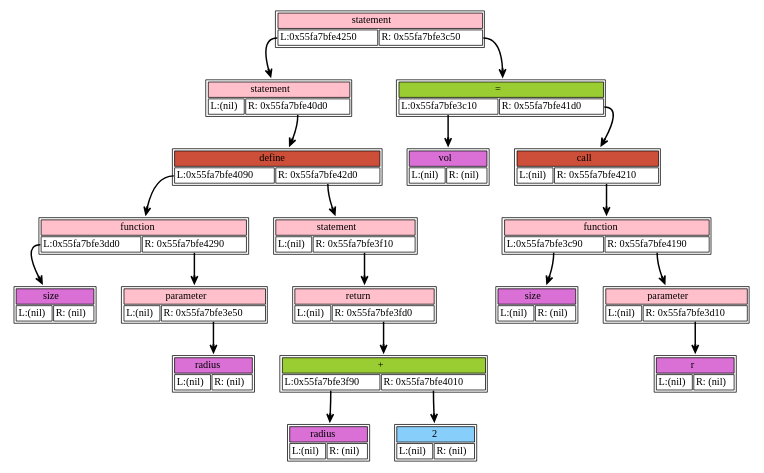
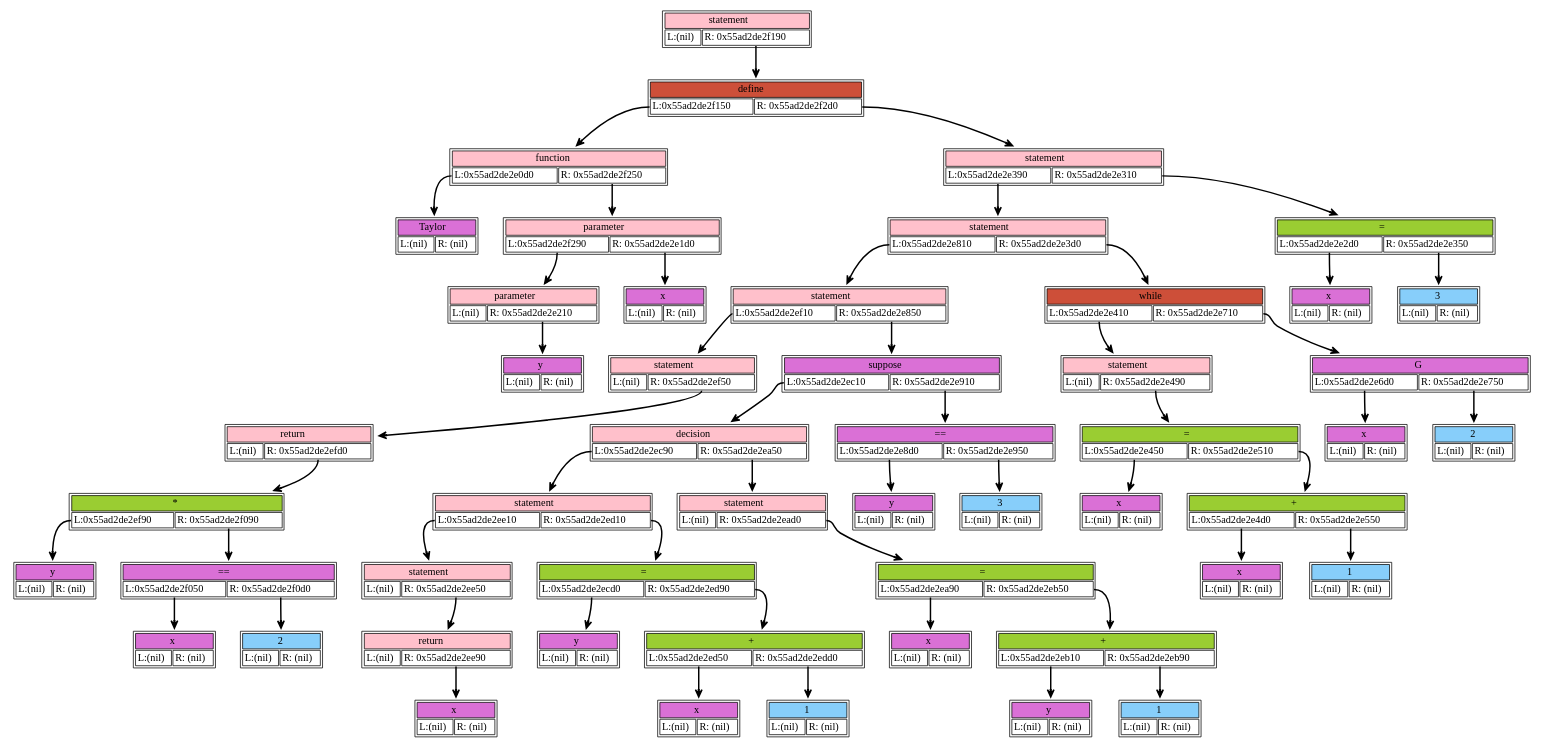
The diagram in dump/dump.dot (Varnike/language), drawn with Graphviz before and after one commit. The commit also changed 9 other files, not shown here.

```diff
--- a/dump/dump.dot
+++ b/dump/dump.dot
@@ -1,116 +1,308 @@
 digraph dump_graph {
 	rankdir=TV; 
-node0x55fa7bfe4250 [shape=plaintext
+node0x55ad2de2f210 [shape=plaintext
 					label=<<table border='1' cellborder='1'>
 			<tr><td colspan="2" bgcolor="pink" > statement</td></tr>
-					<tr><td port= "lchild">L:(nil)</td><td port="rchild">R: 0x55fa7bfe40d0</td></tr>
+					<tr><td port= "lchild">L:(nil)</td><td port="rchild">R: 0x55ad2de2f190</td></tr>
 				</table>>];
-		node0x55fa7bfe4250:rchild -> node0x55fa7bfe40d0[style=bold, arrowhead=vee];
-node0x55fa7bfe3dd0 [shape=plaintext
+		node0x55ad2de2f210:rchild -> node0x55ad2de2f190[style=bold, arrowhead=vee];
+node0x55ad2de2e0d0 [shape=plaintext
 					label=<<table border='1' cellborder='1'>
-			<tr><td colspan="2" bgcolor="orchid" > size</td></tr>
+			<tr><td colspan="2" bgcolor="orchid" > Taylor</td></tr>
 					<tr><td port= "lchild">L:(nil)</td><td port="rchild">R: (nil)</td></tr>
 				</table>>];
-node0x55fa7bfe4090 [shape=plaintext
+node0x55ad2de2f150 [shape=plaintext
 					label=<<table border='1' cellborder='1'>
 			<tr><td colspan="2" bgcolor="pink" > function</td></tr>
-					<tr><td port= "lchild">L:0x55fa7bfe3dd0</td><td port="rchild">R: 0x55fa7bfe4290</td></tr>
+					<tr><td port= "lchild">L:0x55ad2de2e0d0</td><td port="rchild">R: 0x55ad2de2f250</td></tr>
 				</table>>];
-		node0x55fa7bfe4090:lchild -> node0x55fa7bfe3dd0[style=bold, arrowhead=vee];
-		node0x55fa7bfe4090:rchild -> node0x55fa7bfe4290[style=bold, arrowhead=vee];
-node0x55fa7bfe4290 [shape=plaintext
+		node0x55ad2de2f150:lchild -> node0x55ad2de2e0d0[style=bold, arrowhead=vee];
+		node0x55ad2de2f150:rchild -> node0x55ad2de2f250[style=bold, arrowhead=vee];
+node0x55ad2de2f290 [shape=plaintext
 					label=<<table border='1' cellborder='1'>
 			<tr><td colspan="2" bgcolor="pink" > parameter</td></tr>
-					<tr><td port= "lchild">L:(nil)</td><td port="rchild">R: 0x55fa7bfe3e50</td></tr>
+					<tr><td port= "lchild">L:(nil)</td><td port="rchild">R: 0x55ad2de2e210</td></tr>
 				</table>>];
-		node0x55fa7bfe4290:rchild -> node0x55fa7bfe3e50[style=bold, arrowhead=vee];
-node0x55fa7bfe3e50 [shape=plaintext
+		node0x55ad2de2f290:rchild -> node0x55ad2de2e210[style=bold, arrowhead=vee];
+node0x55ad2de2e210 [shape=plaintext
 					label=<<table border='1' cellborder='1'>
-			<tr><td colspan="2" bgcolor="orchid" > radius</td></tr>
+			<tr><td colspan="2" bgcolor="orchid" > y</td></tr>
 					<tr><td port= "lchild">L:(nil)</td><td port="rchild">R: (nil)</td></tr>
 				</table>>];
-node0x55fa7bfe40d0 [shape=plaintext
+node0x55ad2de2f250 [shape=plaintext
+					label=<<table border='1' cellborder='1'>
+			<tr><td colspan="2" bgcolor="pink" > parameter</td></tr>
+					<tr><td port= "lchild">L:0x55ad2de2f290</td><td port="rchild">R: 0x55ad2de2e1d0</td></tr>
+				</table>>];
+		node0x55ad2de2f250:lchild -> node0x55ad2de2f290[style=bold, arrowhead=vee];
+		node0x55ad2de2f250:rchild -> node0x55ad2de2e1d0[style=bold, arrowhead=vee];
+node0x55ad2de2e1d0 [shape=plaintext
+					label=<<table border='1' cellborder='1'>
+			<tr><td colspan="2" bgcolor="orchid" > x</td></tr>
+					<tr><td port= "lchild">L:(nil)</td><td port="rchild">R: (nil)</td></tr>
+				</table>>];
+node0x55ad2de2f190 [shape=plaintext
 					label=<<table border='1' cellborder='1'>
 			<tr><td colspan="2" bgcolor="tomato3" > define</td></tr>
-					<tr><td port= "lchild">L:0x55fa7bfe4090</td><td port="rchild">R: 0x55fa7bfe42d0</td></tr>
+					<tr><td port= "lchild">L:0x55ad2de2f150</td><td port="rchild">R: 0x55ad2de2f2d0</td></tr>
 				</table>>];
-		node0x55fa7bfe40d0:lchild -> node0x55fa7bfe4090[style=bold, arrowhead=vee];
-		node0x55fa7bfe40d0:rchild -> node0x55fa7bfe42d0[style=bold, arrowhead=vee];
-node0x55fa7bfe42d0 [shape=plaintext
+		node0x55ad2de2f190:lchild -> node0x55ad2de2f150[style=bold, arrowhead=vee];
+		node0x55ad2de2f190:rchild -> node0x55ad2de2f2d0[style=bold, arrowhead=vee];
+node0x55ad2de2ef10 [shape=plaintext
 					label=<<table border='1' cellborder='1'>
 			<tr><td colspan="2" bgcolor="pink" > statement</td></tr>
-					<tr><td port= "lchild">L:(nil)</td><td port="rchild">R: 0x55fa7bfe3f10</td></tr>
+					<tr><td port= "lchild">L:(nil)</td><td port="rchild">R: 0x55ad2de2ef50</td></tr>
 				</table>>];
-		node0x55fa7bfe42d0:rchild -> node0x55fa7bfe3f10[style=bold, arrowhead=vee];
-node0x55fa7bfe3f10 [shape=plaintext
+		node0x55ad2de2ef10:rchild -> node0x55ad2de2ef50[style=bold, arrowhead=vee];
+node0x55ad2de2ef50 [shape=plaintext
 					label=<<table border='1' cellborder='1'>
 			<tr><td colspan="2" bgcolor="pink" > return</td></tr>
-					<tr><td port= "lchild">L:(nil)</td><td port="rchild">R: 0x55fa7bfe3fd0</td></tr>
+					<tr><td port= "lchild">L:(nil)</td><td port="rchild">R: 0x55ad2de2efd0</td></tr>
 				</table>>];
-		node0x55fa7bfe3f10:rchild -> node0x55fa7bfe3fd0[style=bold, arrowhead=vee];
-node0x55fa7bfe3f90 [shape=plaintext
+		node0x55ad2de2ef50:rchild -> node0x55ad2de2efd0[style=bold, arrowhead=vee];
+node0x55ad2de2ef90 [shape=plaintext
 					label=<<table border='1' cellborder='1'>
-			<tr><td colspan="2" bgcolor="orchid" > radius</td></tr>
+			<tr><td colspan="2" bgcolor="orchid" > y</td></tr>
 					<tr><td port= "lchild">L:(nil)</td><td port="rchild">R: (nil)</td></tr>
 				</table>>];
-node0x55fa7bfe3fd0 [shape=plaintext
+node0x55ad2de2efd0 [shape=plaintext
 					label=<<table border='1' cellborder='1'>
-			<tr><td colspan="2" bgcolor="olivedrab3" > +</td></tr>
-					<tr><td port= "lchild">L:0x55fa7bfe3f90</td><td port="rchild">R: 0x55fa7bfe4010</td></tr>
+			<tr><td colspan="2" bgcolor="olivedrab3" > *</td></tr>
+					<tr><td port= "lchild">L:0x55ad2de2ef90</td><td port="rchild">R: 0x55ad2de2f090</td></tr>
 				</table>>];
-		node0x55fa7bfe3fd0:lchild -> node0x55fa7bfe3f90[style=bold, arrowhead=vee];
-		node0x55fa7bfe3fd0:rchild -> node0x55fa7bfe4010[style=bold, arrowhead=vee];
-node0x55fa7bfe4010 [shape=plaintext
+		node0x55ad2de2efd0:lchild -> node0x55ad2de2ef90[style=bold, arrowhead=vee];
+		node0x55ad2de2efd0:rchild -> node0x55ad2de2f090[style=bold, arrowhead=vee];
+node0x55ad2de2f050 [shape=plaintext
+					label=<<table border='1' cellborder='1'>
+			<tr><td colspan="2" bgcolor="orchid" > x</td></tr>
+					<tr><td port= "lchild">L:(nil)</td><td port="rchild">R: (nil)</td></tr>
+				</table>>];
+node0x55ad2de2f090 [shape=plaintext
+					label=<<table border='1' cellborder='1'>
+			<tr><td colspan="2" bgcolor="orchid" > ==</td></tr>
+					<tr><td port= "lchild">L:0x55ad2de2f050</td><td port="rchild">R: 0x55ad2de2f0d0</td></tr>
+				</table>>];
+		node0x55ad2de2f090:lchild -> node0x55ad2de2f050[style=bold, arrowhead=vee];
+		node0x55ad2de2f090:rchild -> node0x55ad2de2f0d0[style=bold, arrowhead=vee];
+node0x55ad2de2f0d0 [shape=plaintext
 					label=<<table border='1' cellborder='1'>
 			<tr><td colspan="2" bgcolor="lightskyblue" >2</td></tr>
 					<tr><td port= "lchild">L:(nil)</td><td port="rchild">R: (nil)</td></tr>
 				</table>>];
-node0x55fa7bfe4150 [shape=plaintext
+node0x55ad2de2e810 [shape=plaintext
 					label=<<table border='1' cellborder='1'>
 			<tr><td colspan="2" bgcolor="pink" > statement</td></tr>
-					<tr><td port= "lchild">L:0x55fa7bfe4250</td><td port="rchild">R: 0x55fa7bfe3c50</td></tr>
+					<tr><td port= "lchild">L:0x55ad2de2ef10</td><td port="rchild">R: 0x55ad2de2e850</td></tr>
 				</table>>];
-		node0x55fa7bfe4150:lchild -> node0x55fa7bfe4250[style=bold, arrowhead=vee];
-		node0x55fa7bfe4150:rchild -> node0x55fa7bfe3c50[style=bold, arrowhead=vee];
-node0x55fa7bfe3c10 [shape=plaintext
+		node0x55ad2de2e810:lchild -> node0x55ad2de2ef10[style=bold, arrowhead=vee];
+		node0x55ad2de2e810:rchild -> node0x55ad2de2e850[style=bold, arrowhead=vee];
+node0x55ad2de2ee10 [shape=plaintext
 					label=<<table border='1' cellborder='1'>
-			<tr><td colspan="2" bgcolor="orchid" > vol</td></tr>
+			<tr><td colspan="2" bgcolor="pink" > statement</td></tr>
+					<tr><td port= "lchild">L:(nil)</td><td port="rchild">R: 0x55ad2de2ee50</td></tr>
+				</table>>];
+		node0x55ad2de2ee10:rchild -> node0x55ad2de2ee50[style=bold, arrowhead=vee];
+node0x55ad2de2ee50 [shape=plaintext
+					label=<<table border='1' cellborder='1'>
+			<tr><td colspan="2" bgcolor="pink" > return</td></tr>
+					<tr><td port= "lchild">L:(nil)</td><td port="rchild">R: 0x55ad2de2ee90</td></tr>
+				</table>>];
+		node0x55ad2de2ee50:rchild -> node0x55ad2de2ee90[style=bold, arrowhead=vee];
+node0x55ad2de2ee90 [shape=plaintext
+					label=<<table border='1' cellborder='1'>
+			<tr><td colspan="2" bgcolor="orchid" > x</td></tr>
 					<tr><td port= "lchild">L:(nil)</td><td port="rchild">R: (nil)</td></tr>
 				</table>>];
-node0x55fa7bfe3c50 [shape=plaintext
+node0x55ad2de2ec90 [shape=plaintext
+					label=<<table border='1' cellborder='1'>
+			<tr><td colspan="2" bgcolor="pink" > statement</td></tr>
+					<tr><td port= "lchild">L:0x55ad2de2ee10</td><td port="rchild">R: 0x55ad2de2ed10</td></tr>
+				</table>>];
+		node0x55ad2de2ec90:lchild -> node0x55ad2de2ee10[style=bold, arrowhead=vee];
+		node0x55ad2de2ec90:rchild -> node0x55ad2de2ed10[style=bold, arrowhead=vee];
+node0x55ad2de2ecd0 [shape=plaintext
+					label=<<table border='1' cellborder='1'>
+			<tr><td colspan="2" bgcolor="orchid" > y</td></tr>
+					<tr><td port= "lchild">L:(nil)</td><td port="rchild">R: (nil)</td></tr>
+				</table>>];
+node0x55ad2de2ed10 [shape=plaintext
 					label=<<table border='1' cellborder='1'>
 			<tr><td colspan="2" bgcolor="olivedrab3" > =</td></tr>
-					<tr><td port= "lchild">L:0x55fa7bfe3c10</td><td port="rchild">R: 0x55fa7bfe41d0</td></tr>
+					<tr><td port= "lchild">L:0x55ad2de2ecd0</td><td port="rchild">R: 0x55ad2de2ed90</td></tr>
 				</table>>];
-		node0x55fa7bfe3c50:lchild -> node0x55fa7bfe3c10[style=bold, arrowhead=vee];
-		node0x55fa7bfe3c50:rchild -> node0x55fa7bfe41d0[style=bold, arrowhead=vee];
-node0x55fa7bfe41d0 [shape=plaintext
+		node0x55ad2de2ed10:lchild -> node0x55ad2de2ecd0[style=bold, arrowhead=vee];
+		node0x55ad2de2ed10:rchild -> node0x55ad2de2ed90[style=bold, arrowhead=vee];
+node0x55ad2de2ed50 [shape=plaintext
 					label=<<table border='1' cellborder='1'>
-			<tr><td colspan="2" bgcolor="tomato3" > call</td></tr>
-					<tr><td port= "lchild">L:(nil)</td><td port="rchild">R: 0x55fa7bfe4210</td></tr>
-				</table>>];
-		node0x55fa7bfe41d0:rchild -> node0x55fa7bfe4210[style=bold, arrowhead=vee];
-node0x55fa7bfe3c90 [shape=plaintext
-					label=<<table border='1' cellborder='1'>
-			<tr><td colspan="2" bgcolor="orchid" > size</td></tr>
+			<tr><td colspan="2" bgcolor="orchid" > x</td></tr>
 					<tr><td port= "lchild">L:(nil)</td><td port="rchild">R: (nil)</td></tr>
 				</table>>];
-node0x55fa7bfe4210 [shape=plaintext
+node0x55ad2de2ed90 [shape=plaintext
 					label=<<table border='1' cellborder='1'>
-			<tr><td colspan="2" bgcolor="pink" > function</td></tr>
-					<tr><td port= "lchild">L:0x55fa7bfe3c90</td><td port="rchild">R: 0x55fa7bfe4190</td></tr>
+			<tr><td colspan="2" bgcolor="olivedrab3" > +</td></tr>
+					<tr><td port= "lchild">L:0x55ad2de2ed50</td><td port="rchild">R: 0x55ad2de2edd0</td></tr>
 				</table>>];
-		node0x55fa7bfe4210:lchild -> node0x55fa7bfe3c90[style=bold, arrowhead=vee];
-		node0x55fa7bfe4210:rchild -> node0x55fa7bfe4190[style=bold, arrowhead=vee];
-node0x55fa7bfe4190 [shape=plaintext
+		node0x55ad2de2ed90:lchild -> node0x55ad2de2ed50[style=bold, arrowhead=vee];
+		node0x55ad2de2ed90:rchild -> node0x55ad2de2edd0[style=bold, arrowhead=vee];
+node0x55ad2de2edd0 [shape=plaintext
 					label=<<table border='1' cellborder='1'>
-			<tr><td colspan="2" bgcolor="pink" > parameter</td></tr>
-					<tr><td port= "lchild">L:(nil)</td><td port="rchild">R: 0x55fa7bfe3d10</td></tr>
+			<tr><td colspan="2" bgcolor="lightskyblue" >1</td></tr>
+					<tr><td port= "lchild">L:(nil)</td><td port="rchild">R: (nil)</td></tr>
 				</table>>];
-		node0x55fa7bfe4190:rchild -> node0x55fa7bfe3d10[style=bold, arrowhead=vee];
-node0x55fa7bfe3d10 [shape=plaintext
+node0x55ad2de2ec10 [shape=plaintext
 					label=<<table border='1' cellborder='1'>
-			<tr><td colspan="2" bgcolor="orchid" > r</td></tr>
+			<tr><td colspan="2" bgcolor="pink" > decision</td></tr>
+					<tr><td port= "lchild">L:0x55ad2de2ec90</td><td port="rchild">R: 0x55ad2de2ea50</td></tr>
+				</table>>];
+		node0x55ad2de2ec10:lchild -> node0x55ad2de2ec90[style=bold, arrowhead=vee];
+		node0x55ad2de2ec10:rchild -> node0x55ad2de2ea50[style=bold, arrowhead=vee];
+node0x55ad2de2ea50 [shape=plaintext
+					label=<<table border='1' cellborder='1'>
+			<tr><td colspan="2" bgcolor="pink" > statement</td></tr>
+					<tr><td port= "lchild">L:(nil)</td><td port="rchild">R: 0x55ad2de2ead0</td></tr>
+				</table>>];
+		node0x55ad2de2ea50:rchild -> node0x55ad2de2ead0[style=bold, arrowhead=vee];
+node0x55ad2de2ea90 [shape=plaintext
+					label=<<table border='1' cellborder='1'>
+			<tr><td colspan="2" bgcolor="orchid" > x</td></tr>
+					<tr><td port= "lchild">L:(nil)</td><td port="rchild">R: (nil)</td></tr>
+				</table>>];
+node0x55ad2de2ead0 [shape=plaintext
+					label=<<table border='1' cellborder='1'>
+			<tr><td colspan="2" bgcolor="olivedrab3" > =</td></tr>
+					<tr><td port= "lchild">L:0x55ad2de2ea90</td><td port="rchild">R: 0x55ad2de2eb50</td></tr>
+				</table>>];
+		node0x55ad2de2ead0:lchild -> node0x55ad2de2ea90[style=bold, arrowhead=vee];
+		node0x55ad2de2ead0:rchild -> node0x55ad2de2eb50[style=bold, arrowhead=vee];
+node0x55ad2de2eb10 [shape=plaintext
+					label=<<table border='1' cellborder='1'>
+			<tr><td colspan="2" bgcolor="orchid" > y</td></tr>
+					<tr><td port= "lchild">L:(nil)</td><td port="rchild">R: (nil)</td></tr>
+				</table>>];
+node0x55ad2de2eb50 [shape=plaintext
+					label=<<table border='1' cellborder='1'>
+			<tr><td colspan="2" bgcolor="olivedrab3" > +</td></tr>
+					<tr><td port= "lchild">L:0x55ad2de2eb10</td><td port="rchild">R: 0x55ad2de2eb90</td></tr>
+				</table>>];
+		node0x55ad2de2eb50:lchild -> node0x55ad2de2eb10[style=bold, arrowhead=vee];
+		node0x55ad2de2eb50:rchild -> node0x55ad2de2eb90[style=bold, arrowhead=vee];
+node0x55ad2de2eb90 [shape=plaintext
+					label=<<table border='1' cellborder='1'>
+			<tr><td colspan="2" bgcolor="lightskyblue" >1</td></tr>
+					<tr><td port= "lchild">L:(nil)</td><td port="rchild">R: (nil)</td></tr>
+				</table>>];
+node0x55ad2de2e850 [shape=plaintext
+					label=<<table border='1' cellborder='1'>
+			<tr><td colspan="2" bgcolor="orchid" > suppose</td></tr>
+					<tr><td port= "lchild">L:0x55ad2de2ec10</td><td port="rchild">R: 0x55ad2de2e910</td></tr>
+				</table>>];
+		node0x55ad2de2e850:lchild -> node0x55ad2de2ec10[style=bold, arrowhead=vee];
+		node0x55ad2de2e850:rchild -> node0x55ad2de2e910[style=bold, arrowhead=vee];
+node0x55ad2de2e8d0 [shape=plaintext
+					label=<<table border='1' cellborder='1'>
+			<tr><td colspan="2" bgcolor="orchid" > y</td></tr>
+					<tr><td port= "lchild">L:(nil)</td><td port="rchild">R: (nil)</td></tr>
+				</table>>];
+node0x55ad2de2e910 [shape=plaintext
+					label=<<table border='1' cellborder='1'>
+			<tr><td colspan="2" bgcolor="orchid" > ==</td></tr>
+					<tr><td port= "lchild">L:0x55ad2de2e8d0</td><td port="rchild">R: 0x55ad2de2e950</td></tr>
+				</table>>];
+		node0x55ad2de2e910:lchild -> node0x55ad2de2e8d0[style=bold, arrowhead=vee];
+		node0x55ad2de2e910:rchild -> node0x55ad2de2e950[style=bold, arrowhead=vee];
+node0x55ad2de2e950 [shape=plaintext
+					label=<<table border='1' cellborder='1'>
+			<tr><td colspan="2" bgcolor="lightskyblue" >3</td></tr>
+					<tr><td port= "lchild">L:(nil)</td><td port="rchild">R: (nil)</td></tr>
+				</table>>];
+node0x55ad2de2e390 [shape=plaintext
+					label=<<table border='1' cellborder='1'>
+			<tr><td colspan="2" bgcolor="pink" > statement</td></tr>
+					<tr><td port= "lchild">L:0x55ad2de2e810</td><td port="rchild">R: 0x55ad2de2e3d0</td></tr>
+				</table>>];
+		node0x55ad2de2e390:lchild -> node0x55ad2de2e810[style=bold, arrowhead=vee];
+		node0x55ad2de2e390:rchild -> node0x55ad2de2e3d0[style=bold, arrowhead=vee];
+node0x55ad2de2e410 [shape=plaintext
+					label=<<table border='1' cellborder='1'>
+			<tr><td colspan="2" bgcolor="pink" > statement</td></tr>
+					<tr><td port= "lchild">L:(nil)</td><td port="rchild">R: 0x55ad2de2e490</td></tr>
+				</table>>];
+		node0x55ad2de2e410:rchild -> node0x55ad2de2e490[style=bold, arrowhead=vee];
+node0x55ad2de2e450 [shape=plaintext
+					label=<<table border='1' cellborder='1'>
+			<tr><td colspan="2" bgcolor="orchid" > x</td></tr>
+					<tr><td port= "lchild">L:(nil)</td><td port="rchild">R: (nil)</td></tr>
+				</table>>];
+node0x55ad2de2e490 [shape=plaintext
+					label=<<table border='1' cellborder='1'>
+			<tr><td colspan="2" bgcolor="olivedrab3" > =</td></tr>
+					<tr><td port= "lchild">L:0x55ad2de2e450</td><td port="rchild">R: 0x55ad2de2e510</td></tr>
+				</table>>];
+		node0x55ad2de2e490:lchild -> node0x55ad2de2e450[style=bold, arrowhead=vee];
+		node0x55ad2de2e490:rchild -> node0x55ad2de2e510[style=bold, arrowhead=vee];
+node0x55ad2de2e4d0 [shape=plaintext
+					label=<<table border='1' cellborder='1'>
+			<tr><td colspan="2" bgcolor="orchid" > x</td></tr>
+					<tr><td port= "lchild">L:(nil)</td><td port="rchild">R: (nil)</td></tr>
+				</table>>];
+node0x55ad2de2e510 [shape=plaintext
+					label=<<table border='1' cellborder='1'>
+			<tr><td colspan="2" bgcolor="olivedrab3" > +</td></tr>
+					<tr><td port= "lchild">L:0x55ad2de2e4d0</td><td port="rchild">R: 0x55ad2de2e550</td></tr>
+				</table>>];
+		node0x55ad2de2e510:lchild -> node0x55ad2de2e4d0[style=bold, arrowhead=vee];
+		node0x55ad2de2e510:rchild -> node0x55ad2de2e550[style=bold, arrowhead=vee];
+node0x55ad2de2e550 [shape=plaintext
+					label=<<table border='1' cellborder='1'>
+			<tr><td colspan="2" bgcolor="lightskyblue" >1</td></tr>
+					<tr><td port= "lchild">L:(nil)</td><td port="rchild">R: (nil)</td></tr>
+				</table>>];
+node0x55ad2de2e3d0 [shape=plaintext
+					label=<<table border='1' cellborder='1'>
+			<tr><td colspan="2" bgcolor="tomato3" > while</td></tr>
+					<tr><td port= "lchild">L:0x55ad2de2e410</td><td port="rchild">R: 0x55ad2de2e710</td></tr>
+				</table>>];
+		node0x55ad2de2e3d0:lchild -> node0x55ad2de2e410[style=bold, arrowhead=vee];
+		node0x55ad2de2e3d0:rchild -> node0x55ad2de2e710[style=bold, arrowhead=vee];
+node0x55ad2de2e6d0 [shape=plaintext
+					label=<<table border='1' cellborder='1'>
+			<tr><td colspan="2" bgcolor="orchid" > x</td></tr>
+					<tr><td port= "lchild">L:(nil)</td><td port="rchild">R: (nil)</td></tr>
+				</table>>];
+node0x55ad2de2e710 [shape=plaintext
+					label=<<table border='1' cellborder='1'>
+			<tr><td colspan="2" bgcolor="orchid" > G</td></tr>
+					<tr><td port= "lchild">L:0x55ad2de2e6d0</td><td port="rchild">R: 0x55ad2de2e750</td></tr>
+				</table>>];
+		node0x55ad2de2e710:lchild -> node0x55ad2de2e6d0[style=bold, arrowhead=vee];
+		node0x55ad2de2e710:rchild -> node0x55ad2de2e750[style=bold, arrowhead=vee];
+node0x55ad2de2e750 [shape=plaintext
+					label=<<table border='1' cellborder='1'>
+			<tr><td colspan="2" bgcolor="lightskyblue" >2</td></tr>
+					<tr><td port= "lchild">L:(nil)</td><td port="rchild">R: (nil)</td></tr>
+				</table>>];
+node0x55ad2de2f2d0 [shape=plaintext
+					label=<<table border='1' cellborder='1'>
+			<tr><td colspan="2" bgcolor="pink" > statement</td></tr>
+					<tr><td port= "lchild">L:0x55ad2de2e390</td><td port="rchild">R: 0x55ad2de2e310</td></tr>
+				</table>>];
+		node0x55ad2de2f2d0:lchild -> node0x55ad2de2e390[style=bold, arrowhead=vee];
+		node0x55ad2de2f2d0:rchild -> node0x55ad2de2e310[style=bold, arrowhead=vee];
+node0x55ad2de2e2d0 [shape=plaintext
+					label=<<table border='1' cellborder='1'>
+			<tr><td colspan="2" bgcolor="orchid" > x</td></tr>
+					<tr><td port= "lchild">L:(nil)</td><td port="rchild">R: (nil)</td></tr>
+				</table>>];
+node0x55ad2de2e310 [shape=plaintext
+					label=<<table border='1' cellborder='1'>
+			<tr><td colspan="2" bgcolor="olivedrab3" > =</td></tr>
+					<tr><td port= "lchild">L:0x55ad2de2e2d0</td><td port="rchild">R: 0x55ad2de2e350</td></tr>
+				</table>>];
+		node0x55ad2de2e310:lchild -> node0x55ad2de2e2d0[style=bold, arrowhead=vee];
+		node0x55ad2de2e310:rchild -> node0x55ad2de2e350[style=bold, arrowhead=vee];
+node0x55ad2de2e350 [shape=plaintext
+					label=<<table border='1' cellborder='1'>
+			<tr><td colspan="2" bgcolor="lightskyblue" >3</td></tr>
 					<tr><td port= "lchild">L:(nil)</td><td port="rchild">R: (nil)</td></tr>
 				</table>>];
 }
```
